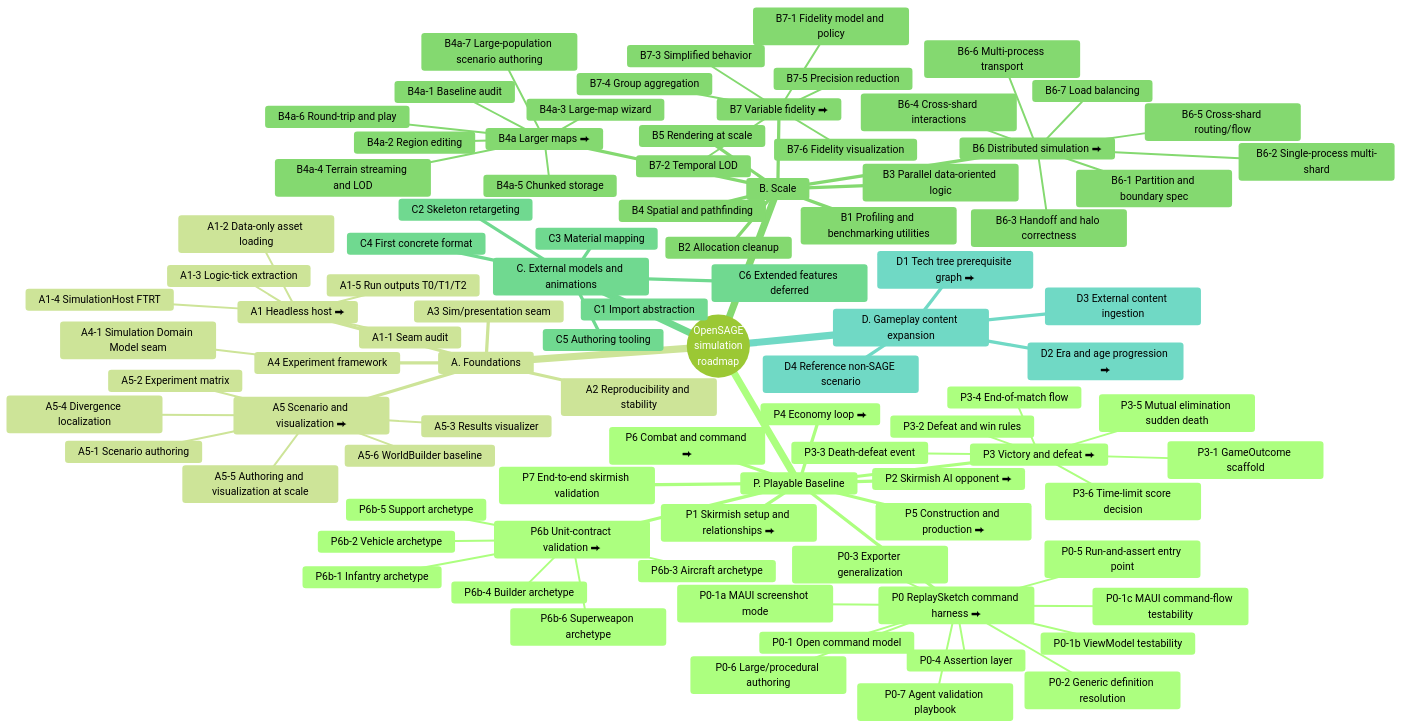
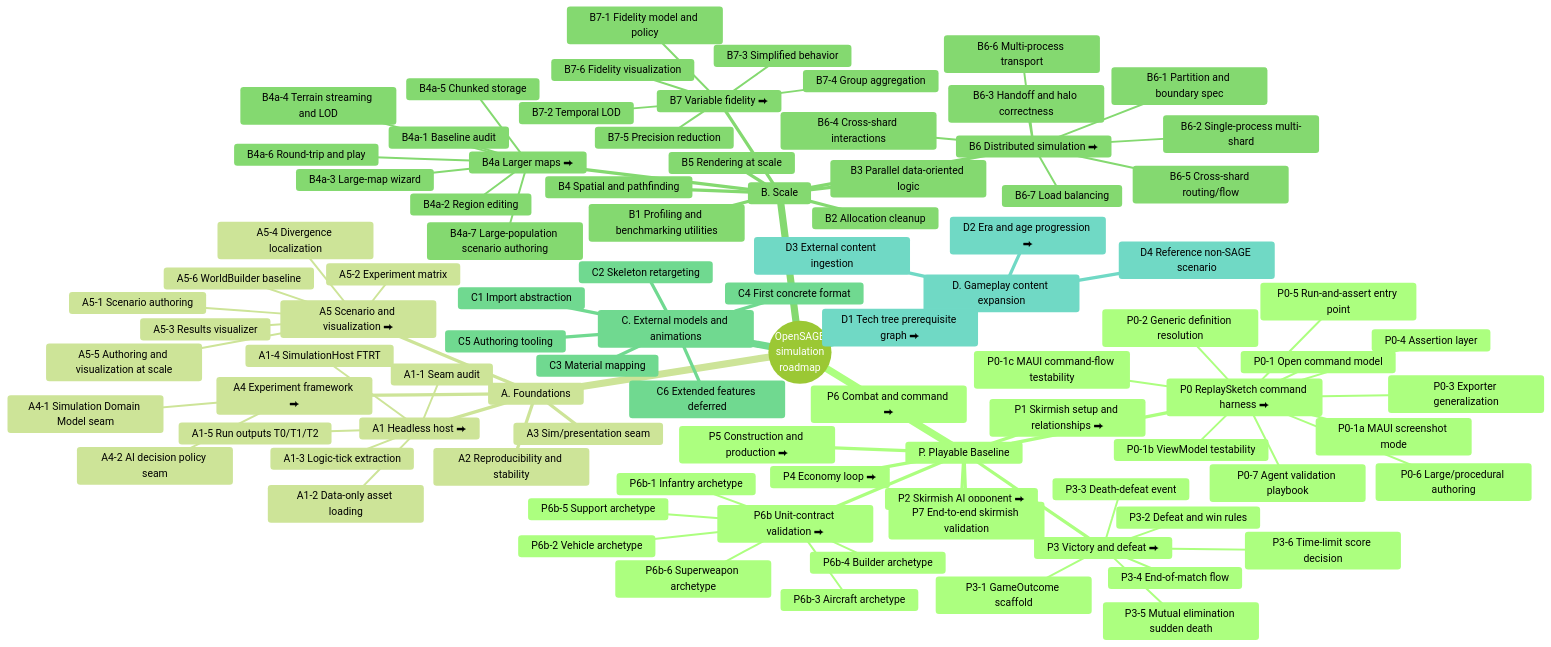
The first of 2 diagrams in docs/roadmap/roadmap-tree.md (rmessinger/Panopticon), drawn with Mermaid (forest theme) before and after one commit. The commit also changed 6 other files, not shown here.

```diff
--- a/docs/roadmap/roadmap-tree.md
+++ b/docs/roadmap/roadmap-tree.md
@@ -77,8 +77,9 @@
         A1-5 Run outputs T0/T1/T2
       A2 Reproducibility and stability
       A3 Sim/presentation seam
-      A4 Experiment framework
+      A4 Experiment framework ⮕
         A4-1 Simulation Domain Model seam
+        A4-2 AI decision policy seam
       A5 Scenario and visualization ⮕
         A5-1 Scenario authoring
         A5-2 Experiment matrix
```
